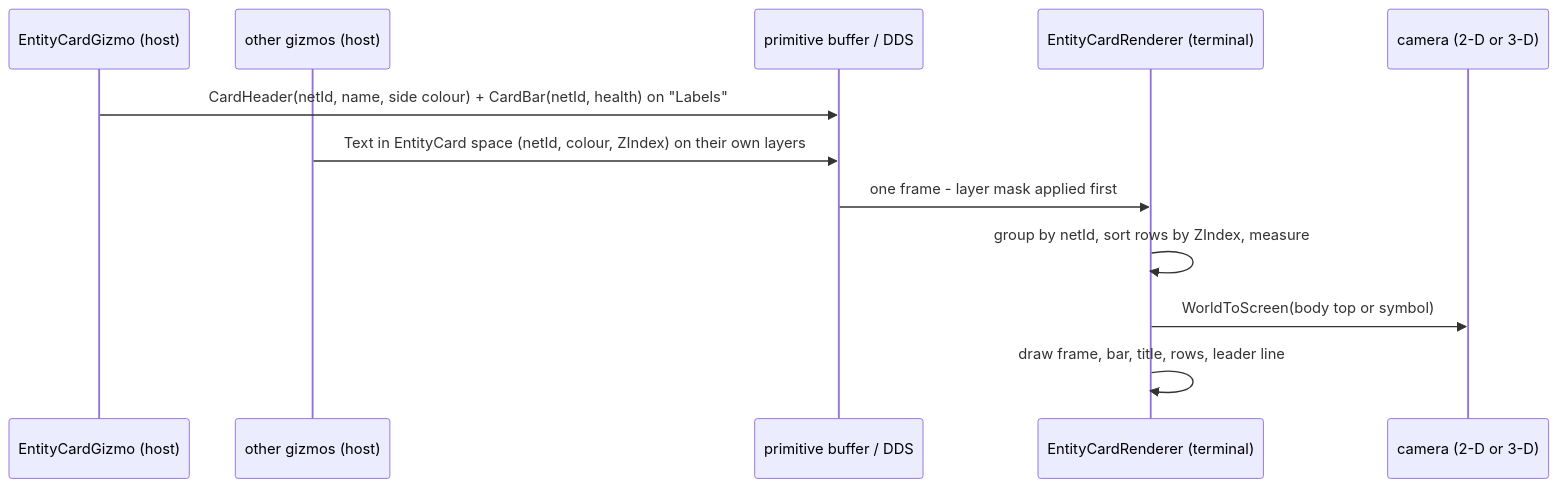
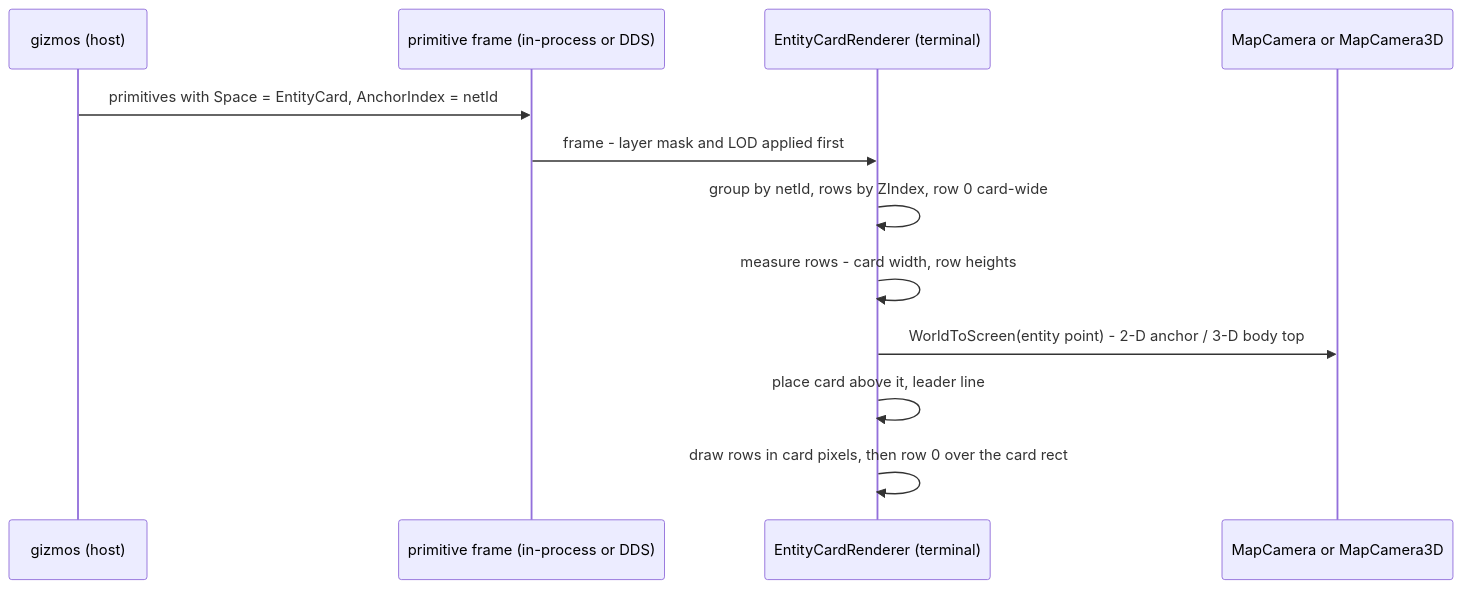
The seventh of 7 diagrams in docs/DESIGN_Map_3D_Mode.md (pjanec/HROT), drawn with Mermaid before and after one commit. The commit also changed other lines of this file and 1 other file, not shown here.

````diff
--- a/docs/DESIGN_Map_3D_Mode.md
+++ b/docs/DESIGN_Map_3D_Mode.md
@@ -352,14 +376,14 @@
 ```mermaid
 sequenceDiagram
-  participant EG as EntityCardGizmo (host)
-  participant LG as other gizmos (host)
-  participant BUF as primitive buffer / DDS
+  participant GZ as gizmos (host)
+  participant BUF as primitive frame (in-process or DDS)
   participant CR as EntityCardRenderer (terminal)
-  participant K as camera (2-D or 3-D)
-  EG->>BUF: CardHeader(netId, name, side colour) + CardBar(netId, health) on "Labels"
-  LG->>BUF: Text in EntityCard space (netId, colour, ZIndex) on their own layers
-  BUF->>CR: one frame - layer mask applied first
-  CR->>CR: group by netId, sort rows by ZIndex, measure
-  CR->>K: WorldToScreen(body top or symbol)
-  CR->>CR: draw frame, bar, title, rows, leader line
+  participant K as MapCamera or MapCamera3D
+  GZ->>BUF: primitives with Space = EntityCard, AnchorIndex = netId
+  BUF->>CR: frame - layer mask and LOD applied first
+  CR->>CR: group by netId, rows by ZIndex, row 0 card-wide
+  CR->>CR: measure rows - card width, row heights
+  CR->>K: WorldToScreen(entity point) - 2-D anchor / 3-D body top
+  CR->>CR: place card above it, leader line
+  CR->>CR: draw rows in card pixels, then row 0 over the card rect
 ```
````
